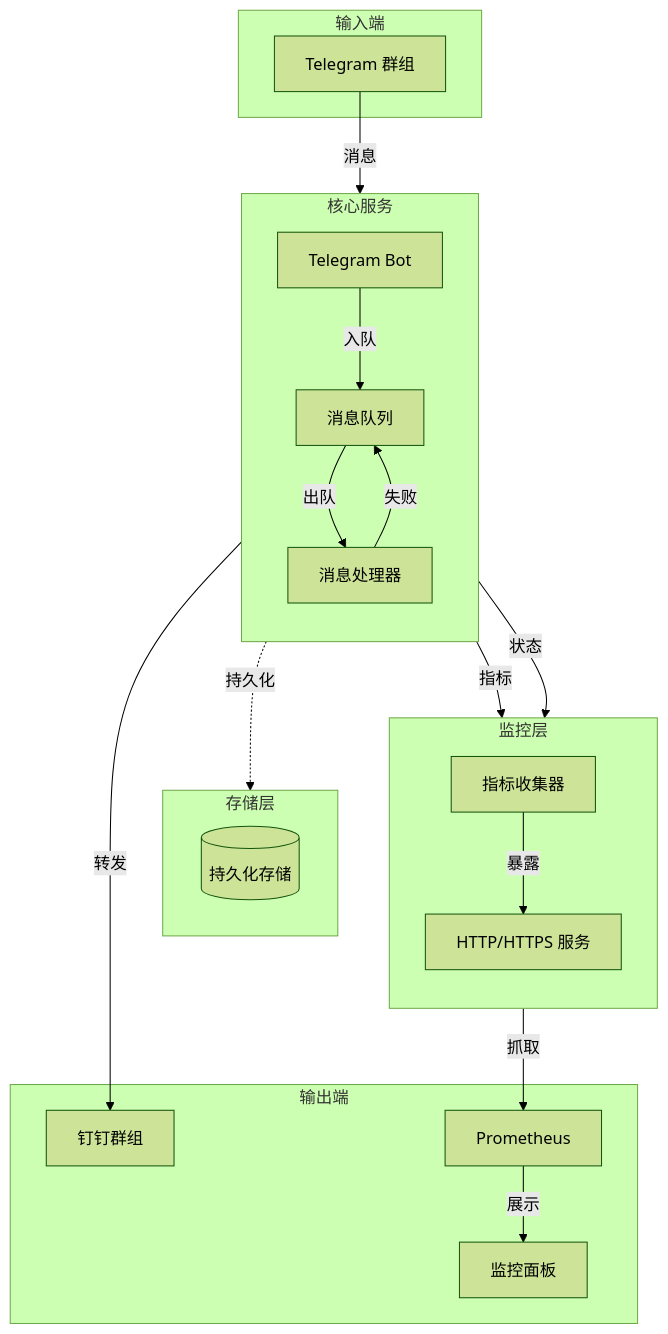
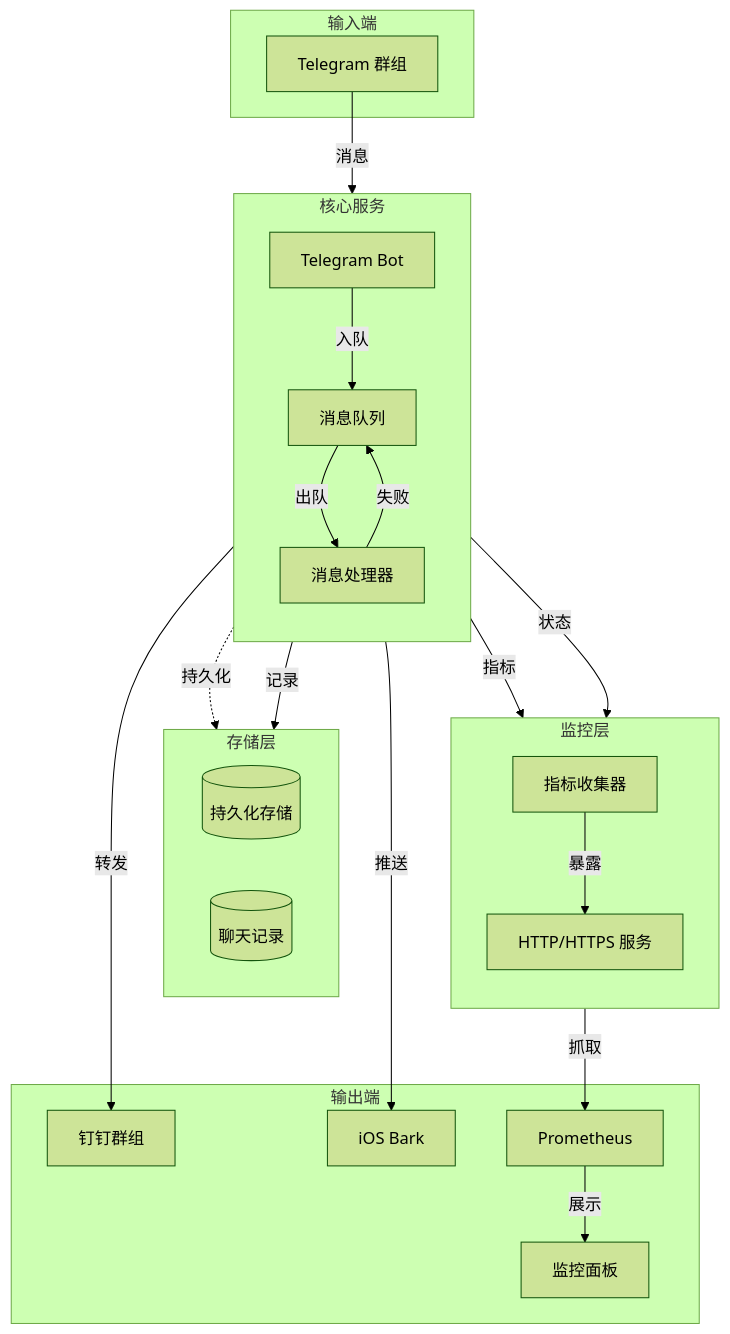
One commit to bytebitgo/tg-forward-to-xx changed the first of 3 diagrams in README.md. Above: the diagram before and after it, drawn with Mermaid (forest theme). The commit also changed other lines of this file and 2 other files, not shown here.

First line of the commit message:
feat: 发布 v2.0.0 版本，增加 iOS Bark 通知和多项功能增强

````diff
--- a/README.md
+++ b/README.md
@@ -25,48 +27,52 @@
 ```mermaid
 graph TB
     %% 定义子图和节点
     subgraph 输入端
         TG[Telegram 群组]
     end
 
     subgraph 核心服务
         direction TB
         Bot[Telegram Bot]
         Queue[消息队列]
         Handler[消息处理器]
     end
 
     subgraph 存储层
         direction LR
         Storage[(持久化存储)]
+        History[(聊天记录)]
     end
 
     subgraph 监控层
         direction TB
         Metrics[指标收集器]
         HTTP[HTTP/HTTPS 服务]
     end
 
     subgraph 输出端
         DD[钉钉群组]
+        Bark[iOS Bark]
         Prometheus[Prometheus]
         Dashboard[监控面板]
     end
 
     %% 定义连接关系
     TG -->|消息| Bot
     Bot -->|入队| Queue
     Queue -->|出队| Handler
     Handler -->|转发| DD
+    Handler -->|推送| Bark
     
     %% 存储相关
     Queue -.->|持久化| Storage
+    Handler -->|记录| History
     Handler -->|失败| Queue
     
     %% 监控相关
     Handler -->|指标| Metrics
     Queue -->|状态| Metrics
     Metrics -->|暴露| HTTP
     HTTP -->|抓取| Prometheus
     Prometheus -->|展示| Dashboard
 ```
````
